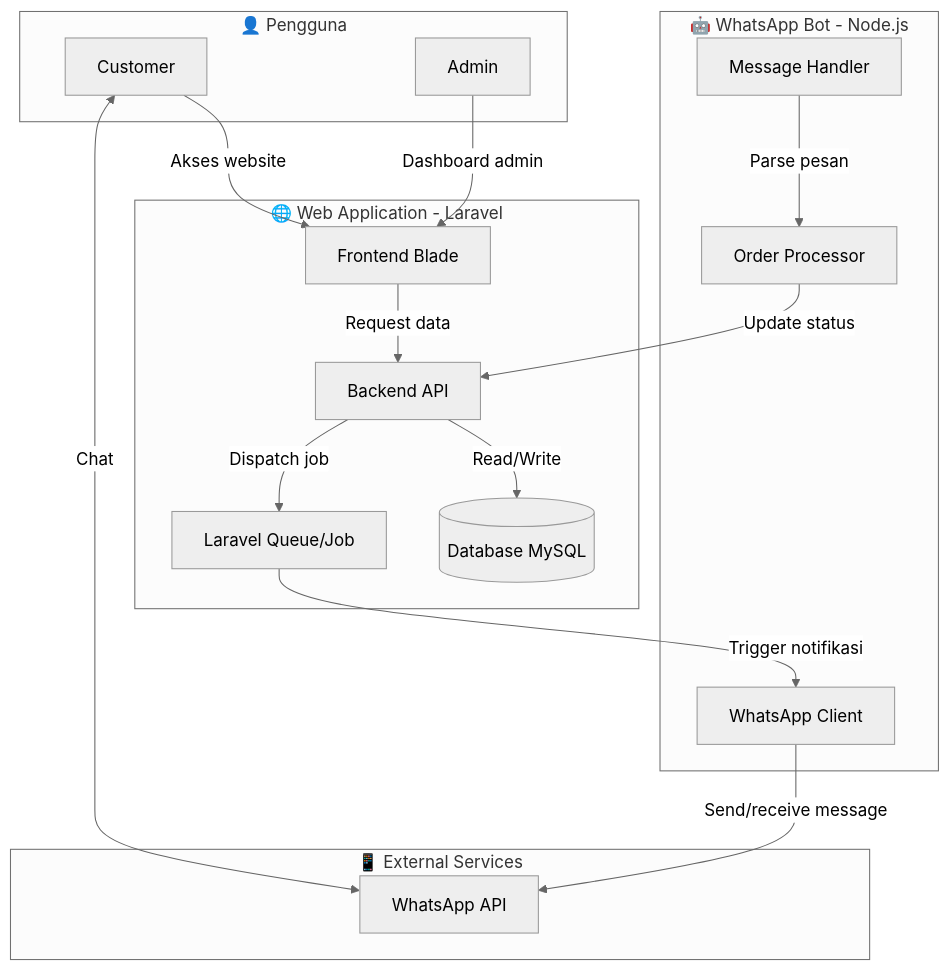
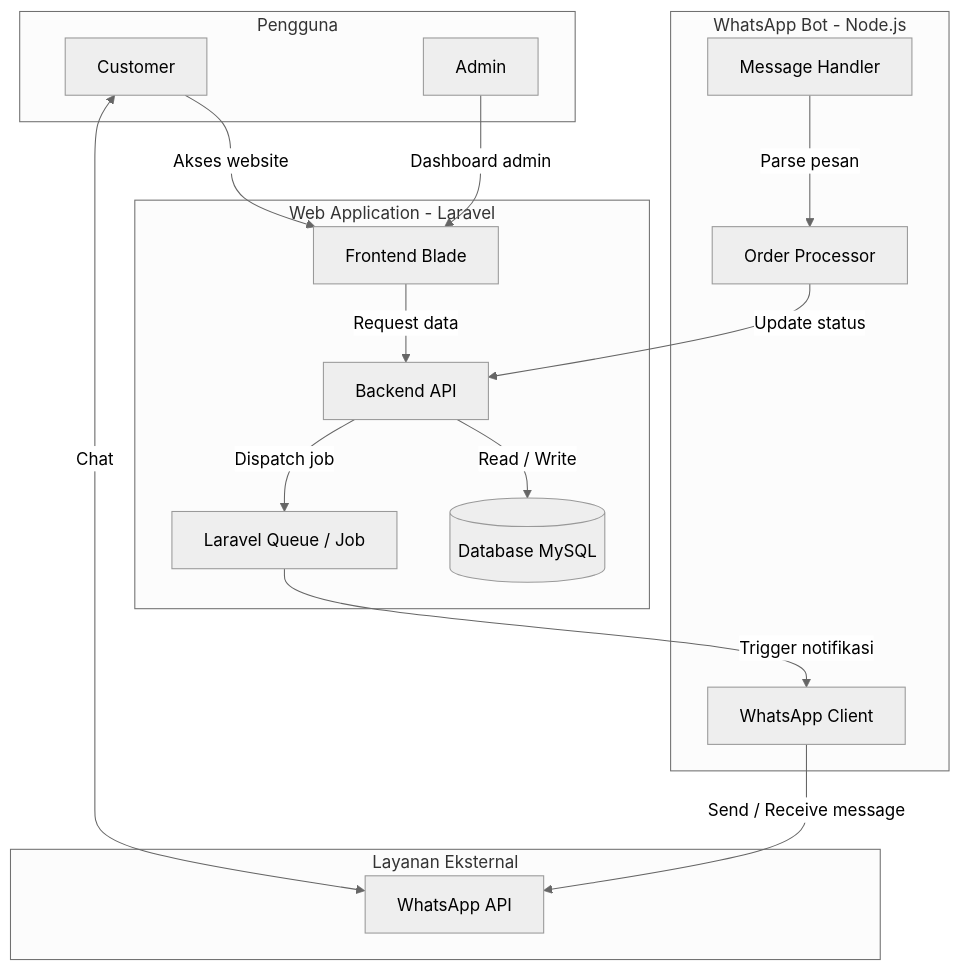
The first of 2 diagrams in README.md (NadiWarnadi/buket.cute), drawn with Mermaid (neutral theme) before and after one commit. The commit also changed other lines of this file, not shown here.

````diff
--- a/README.md
+++ b/README.md
@@ -15,35 +20,35 @@
 ```mermaid
 flowchart TB
-    subgraph User["👤 Pengguna"]
+    subgraph User["Pengguna"]
         A[Customer]
         B[Admin]
     end
 
-    subgraph Web["🌐 Web Application - Laravel"]
+    subgraph Web["Web Application - Laravel"]
         C[Frontend Blade]
         D[Backend API]
         E[(Database MySQL)]
-        F[Laravel Queue/Job]
+        F[Laravel Queue / Job]
     end
 
-    subgraph Bot["🤖 WhatsApp Bot - Node.js"]
+    subgraph Bot["WhatsApp Bot - Node.js"]
         G[WhatsApp Client]
         H[Message Handler]
         I[Order Processor]
     end
 
-    subgraph External["📱 External Services"]
+    subgraph External["Layanan Eksternal"]
         J[WhatsApp API]
     end
 
     A -->|Akses website| C
     B -->|Dashboard admin| C
     C -->|Request data| D
-    D -->|Read/Write| E
+    D -->|Read / Write| E
     D -->|Dispatch job| F
     F -->|Trigger notifikasi| G
-    G -->|Send/receive message| J
+    G -->|Send / Receive message| J
     J <-->|Chat| A
     H -->|Parse pesan| I
     I -->|Update status| D
 ```
````
